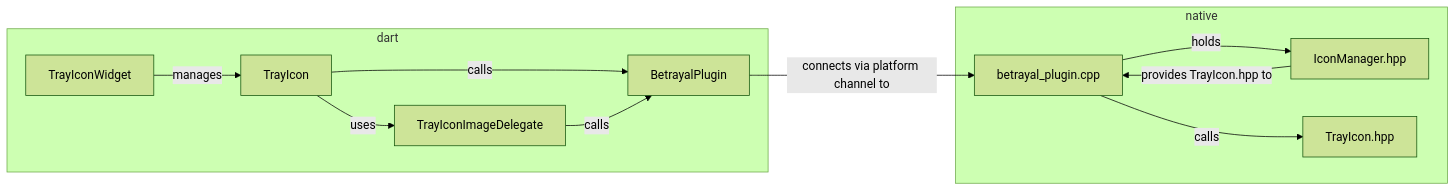
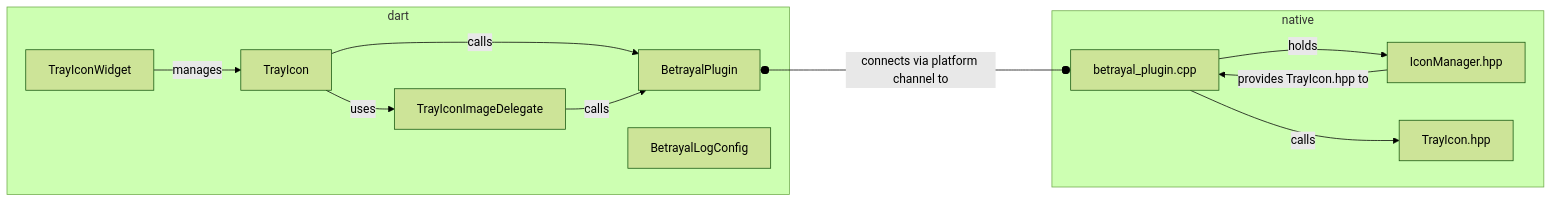
Before and after one commit to benthillerkus/betrayal: the diagram in README.md, drawn with Mermaid (forest theme).

Commit message:
docs(readme): update diagram

````diff
--- a/README.md
+++ b/README.md
@@ -56,20 +56,21 @@
 ```mermaid
   graph LR;
-    BetrayalPlugin -- connects via platform channel to --> betrayal_plugin.cpp
+    BetrayalPlugin o----o |connects via platform channel to| betrayal_plugin.cpp
     subgraph dart
     TrayIconWidget -- manages --> TrayIcon -- calls --> BetrayalPlugin
     TrayIcon -- uses --> TrayIconImageDelegate -- calls --> BetrayalPlugin
+    BetrayalLogConfig
     end
     subgraph native
     betrayal_plugin.cpp -- holds --> IconManager.hpp
     IconManager.hpp -- provides TrayIcon.hpp to --> betrayal_plugin.cpp
     betrayal_plugin.cpp -- calls --> TrayIcon.hpp
     end
     click BetrayalPlugin "https://github.com/benthillerkus/betrayal/blob/main/lib/src/plugin.dart"
     click TrayIcon "https://github.com/benthillerkus/betrayal/blob/main/lib/src/imperative.dart"
     click TrayIconWidget "https://github.com/benthillerkus/betrayal/blob/main/lib/src/widgets.dart"
     click TrayIconImageDelegate "https://github.com/benthillerkus/betrayal/blob/main/lib/src/image.dart"
     click betrayal_plugin.cpp "https://github.com/benthillerkus/betrayal/blob/main/windows/betrayal_plugin.cpp"
     click IconManager.hpp "https://github.com/benthillerkus/betrayal/blob/main/windows/icon_manager.hpp"
     click TrayIcon.hpp "https://github.com/benthillerkus/betrayal/blob/main/windows/tray_icon.hpp"
 ```
````
